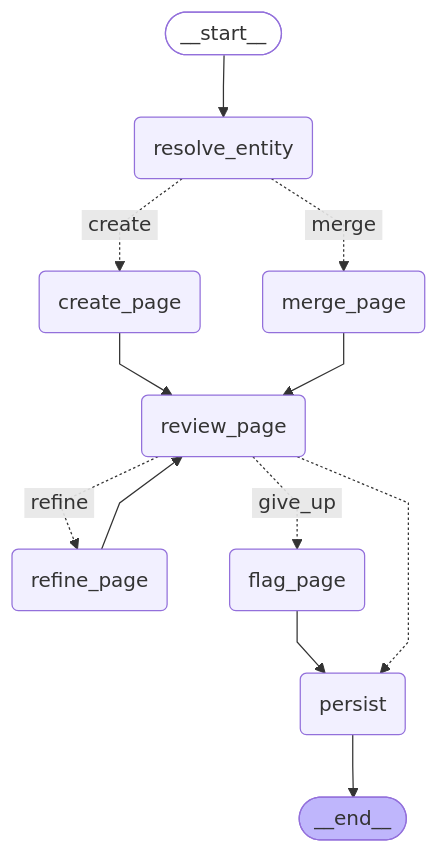
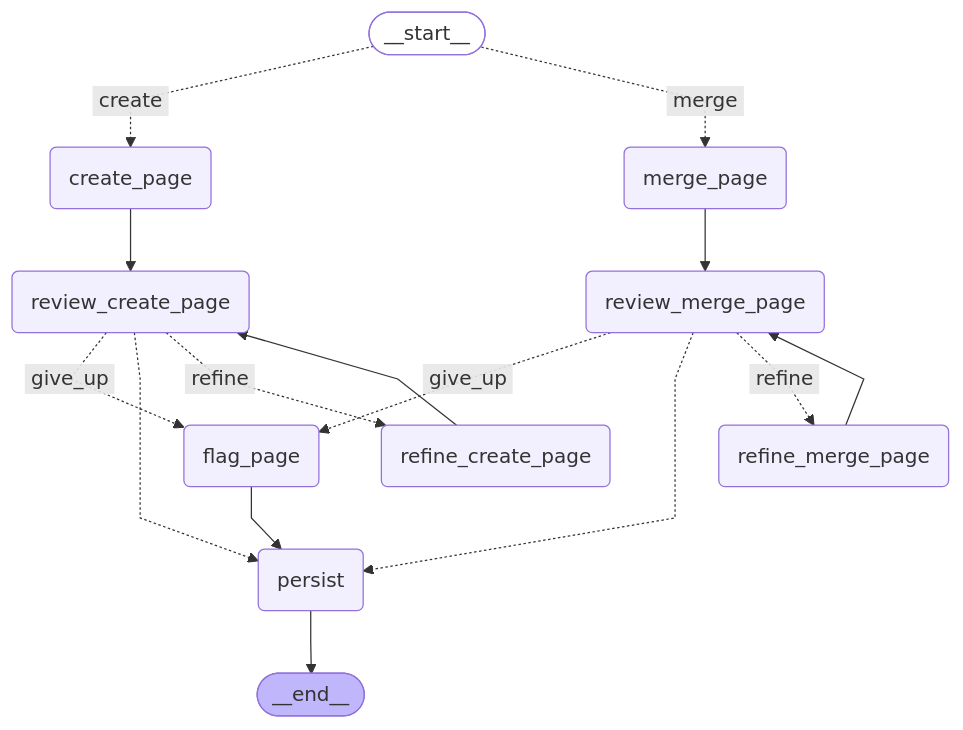
Before and after one commit to pongjenren/llm-wiki-langgraph: the second of 2 diagrams in docs/graphs.md, drawn with Mermaid. The commit also changed other lines of this file and 14 other files, not shown here.

````diff
--- a/docs/graphs.md
+++ b/docs/graphs.md
@@ -57,31 +65,35 @@
 ```mermaid
 ---
 config:
   flowchart:
     curve: linear
 ---
 graph TD;
 	__start__([<p>__start__</p>]):::first
-	resolve_entity(resolve_entity)
 	create_page(create_page)
 	merge_page(merge_page)
-	review_page(review_page)
-	refine_page(refine_page)
+	review_create_page(review_create_page)
+	refine_create_page(refine_create_page)
+	review_merge_page(review_merge_page)
+	refine_merge_page(refine_merge_page)
 	flag_page(flag_page)
 	persist(persist)
 	__end__([<p>__end__</p>]):::last
-	__start__ --> resolve_entity;
-	create_page --> review_page;
+	__start__ -. &nbsp;create&nbsp; .-> create_page;
+	__start__ -. &nbsp;merge&nbsp; .-> merge_page;
+	create_page --> review_create_page;
 	flag_page --> persist;
-	merge_page --> review_page;
-	refine_page --> review_page;
-	resolve_entity -. &nbsp;create&nbsp; .-> create_page;
-	resolve_entity -. &nbsp;merge&nbsp; .-> merge_page;
-	review_page -. &nbsp;give_up&nbsp; .-> flag_page;
-	review_page -.-> persist;
-	review_page -. &nbsp;refine&nbsp; .-> refine_page;
+	merge_page --> review_merge_page;
+	refine_create_page --> review_create_page;
+	refine_merge_page --> review_merge_page;
+	review_create_page -. &nbsp;give_up&nbsp; .-> flag_page;
+	review_create_page -.-> persist;
+	review_create_page -. &nbsp;refine&nbsp; .-> refine_create_page;
+	review_merge_page -. &nbsp;give_up&nbsp; .-> flag_page;
+	review_merge_page -.-> persist;
+	review_merge_page -. &nbsp;refine&nbsp; .-> refine_merge_page;
 	persist --> __end__;
 	classDef default fill:#f2f0ff,line-height:1.2
 	classDef first fill-opacity:0
 	classDef last fill:#bfb6fc
 ```
````
